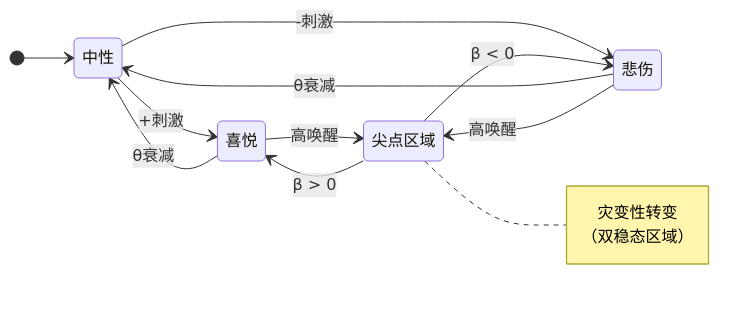
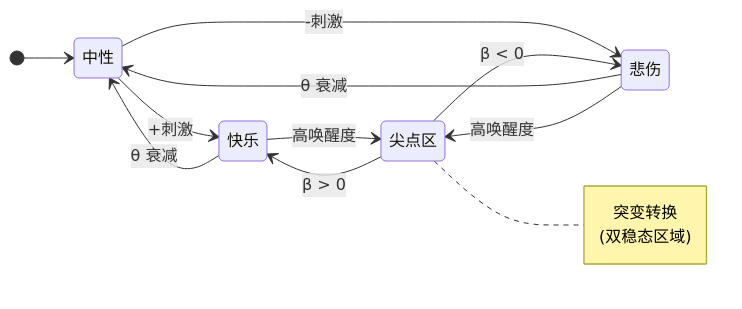
Before and after one commit to gabrielmaialva33/viva: the second of 2 diagrams in docs/zh-cn/README.md, drawn with Mermaid. The commit also changed other lines of this file and 4 other files, not shown here.

````diff
--- a/docs/zh-cn/README.md
+++ b/docs/zh-cn/README.md
@@ -124,21 +103,21 @@
 ```mermaid
 stateDiagram-v2
     direction LR
     [*] --> 中性
 
-    中性 --> 喜悦: +刺激
+    中性 --> 快乐: +刺激
     中性 --> 悲伤: -刺激
-    喜悦 --> 中性: θ衰减
-    悲伤 --> 中性: θ衰减
+    快乐 --> 中性: θ 衰减
+    悲伤 --> 中性: θ 衰减
 
-    state "尖点区域" as Cusp
-    喜悦 --> Cusp: 高唤醒
-    悲伤 --> Cusp: 高唤醒
-    Cusp --> 喜悦: β > 0
+    state "尖点区" as Cusp
+    快乐 --> Cusp: 高唤醒度
+    悲伤 --> Cusp: 高唤醒度
+    Cusp --> 快乐: β > 0
     Cusp --> 悲伤: β < 0
 
     note right of Cusp
-        灾变性转变
-        （双稳态区域）
+        突变转换
+        (双稳态区域)
     end note
 ```
````
